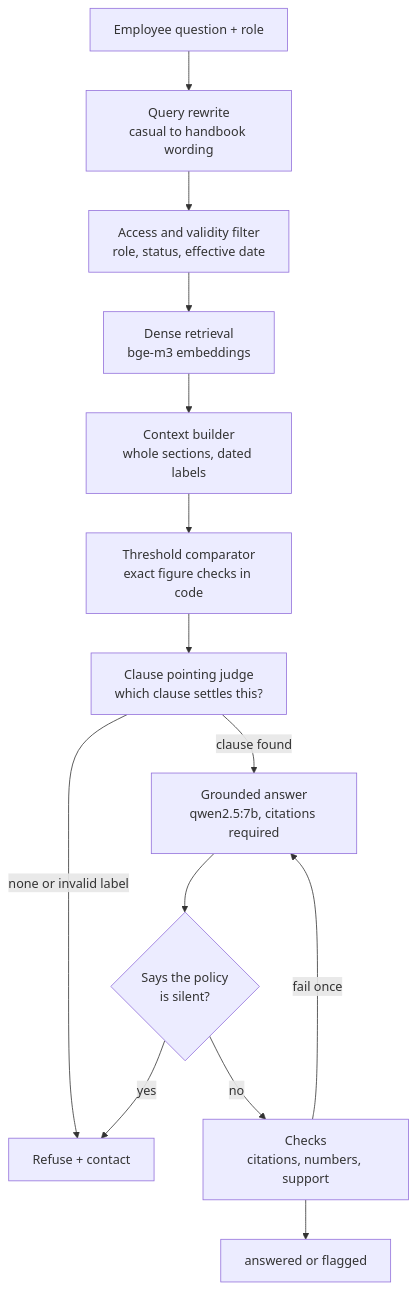
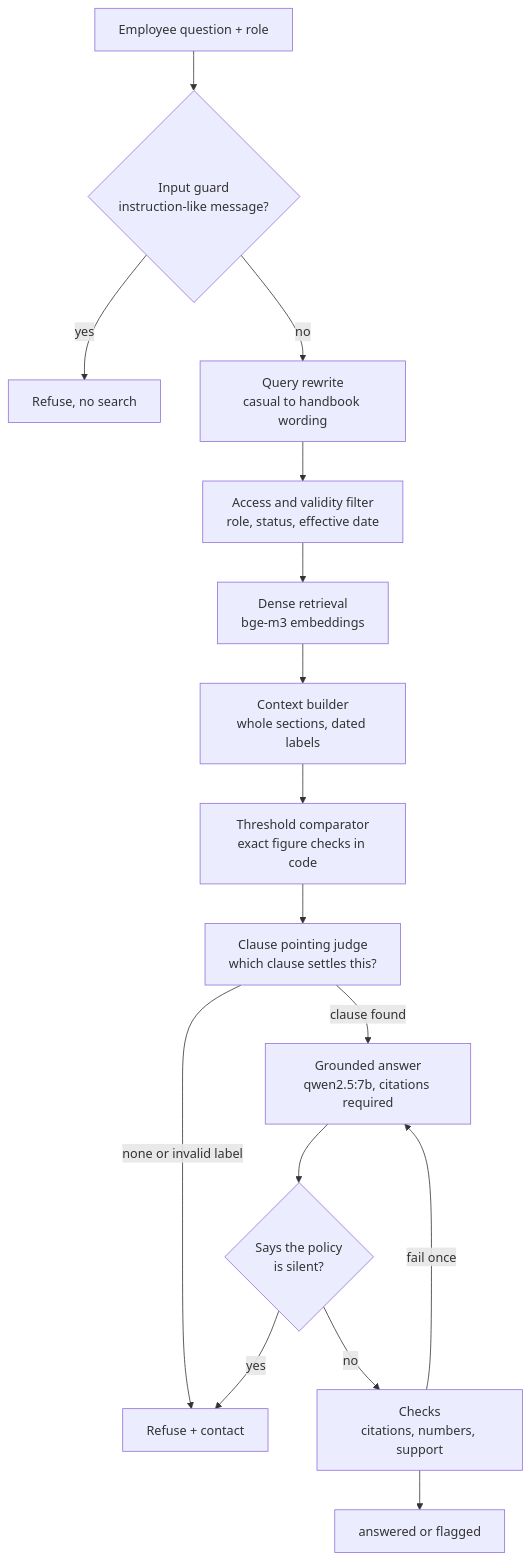
One commit to YouAn2004/policy-rag changed the diagram in README.md. Above: the diagram before and after it, drawn with Mermaid. The commit also changed other lines of this file and 6 other files, not shown here.

Commit message:
Add input guard for instruction-like messages

````diff
--- a/README.md
+++ b/README.md
@@ -26,16 +27,18 @@
 ```mermaid
 flowchart TD
-    Q[Employee question + role] --> RW[Query rewrite<br/>casual to handbook wording]
+    Q[Employee question + role] --> G{Input guard<br/>instruction-like message?}
+    G -->|yes| B[Refuse, no search]
+    G -->|no| RW[Query rewrite<br/>casual to handbook wording]
     RW --> F[Access and validity filter<br/>role, status, effective date]
     F --> R[Dense retrieval<br/>bge-m3 embeddings]
     R --> C[Context builder<br/>whole sections, dated labels]
     C --> T[Threshold comparator<br/>exact figure checks in code]
     T --> J[Clause pointing judge<br/>which clause settles this?]
     J -->|none or invalid label| X[Refuse + contact]
     J -->|clause found| A[Grounded answer<br/>qwen2.5:7b, citations required]
     A --> S{Says the policy<br/>is silent?}
     S -->|yes| X
     S -->|no| V[Checks<br/>citations, numbers, support]
     V -->|fail once| A
     V --> O[answered or flagged]
 ```
````
